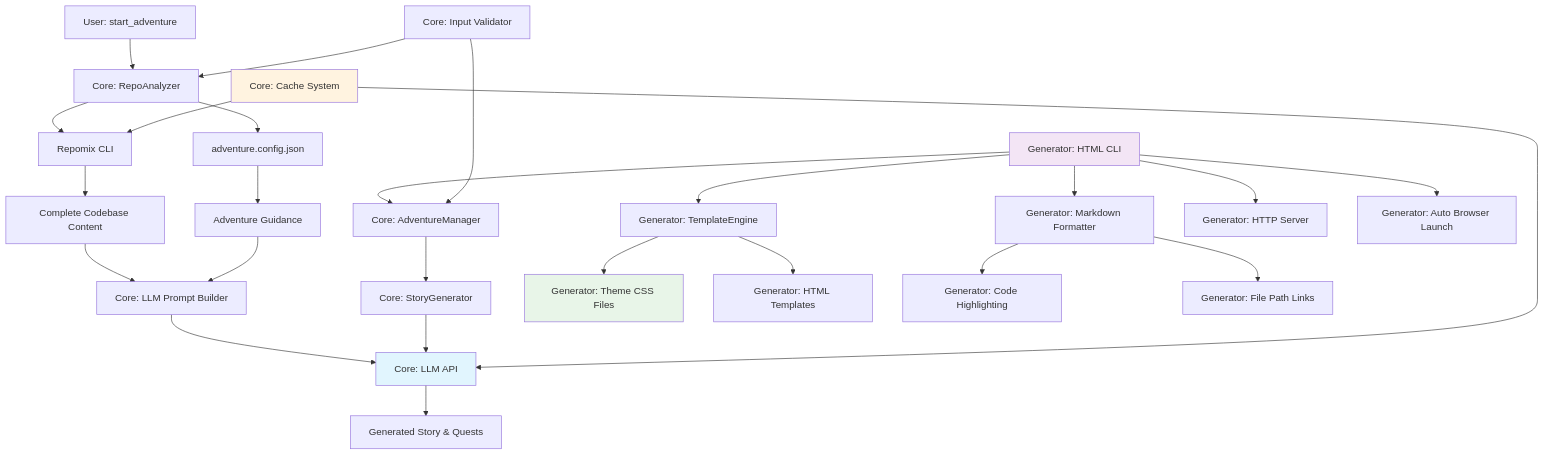
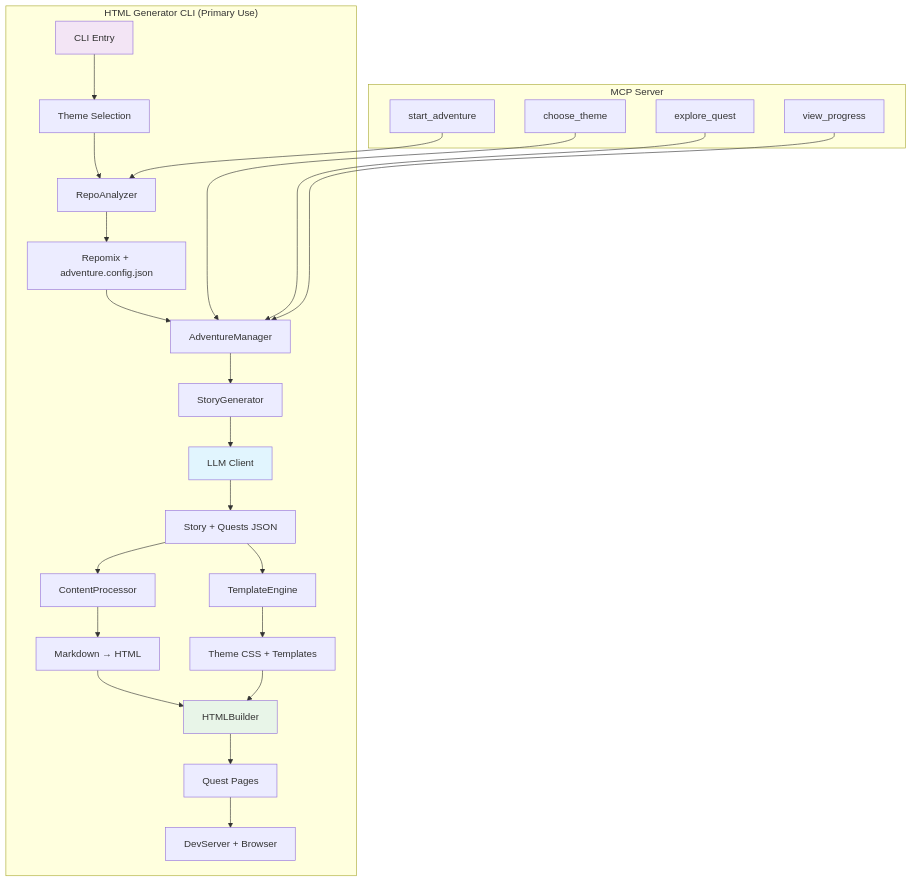
One commit to DanWahlin/ai-repo-adventures changed the diagram in README.md. Above: the diagram before and after it, drawn with Mermaid. The commit also changed other lines of this file and 32 other files, not shown here.

````diff
--- a/README.md
+++ b/README.md
@@ -71,37 +22,36 @@
 ```mermaid
 graph TD
-    A[User: start_adventure] --> B[Core: RepoAnalyzer]
-    B --> C[Repomix CLI]
-    C --> D[Complete Codebase Content]
-    
-    B --> E[adventure.config.json]
-    E --> F[Adventure Guidance]
-    
-    D --> G[Core: LLM Prompt Builder]
-    F --> G
-    
-    G --> H[Core: LLM API]
-    H --> I[Generated Story & Quests]
-    
-    J[Generator: HTML CLI] --> K[Core: AdventureManager]
-    K --> L[Core: StoryGenerator] 
-    L --> H
-    J --> M[Generator: TemplateEngine]
-    M --> N[Generator: Theme CSS Files]
-    M --> O[Generator: HTML Templates]
-    J --> P[Generator: Markdown Formatter]
-    P --> Q[Generator: Code Highlighting]
-    P --> R[Generator: File Path Links]
-    J --> S[Generator: HTTP Server]
-    J --> T[Generator: Auto Browser Launch]
-    
-    U[Core: Input Validator] --> B
-    U --> K
-    V[Core: Cache System] --> C
-    V --> H
-    
-    style H fill:#e1f5fe
-    style J fill:#f3e5f5
-    style N fill:#e8f5e8
-    style V fill:#fff3e0
+    subgraph "HTML Generator CLI (Primary Use)"
+        A[CLI Entry] --> B[Theme Selection]
+        B --> C[RepoAnalyzer]
+        C --> D[Repomix + adventure.config.json]
+
+        D --> E[AdventureManager]
+        E --> F[StoryGenerator]
+        F --> G[LLM Client]
+        G --> H[Story + Quests JSON]
+
+        H --> I[ContentProcessor]
+        I --> J[Markdown → HTML]
+
+        H --> K[TemplateEngine]
+        K --> L[Theme CSS + Templates]
+
+        J --> M[HTMLBuilder]
+        L --> M
+        M --> N[Quest Pages]
+
+        N --> O[DevServer + Browser]
+    end
+
+    subgraph "MCP Server"
+        P[start_adventure] --> C
+        Q[choose_theme] --> E
+        R[explore_quest] --> E
+        S[view_progress] --> E
+    end
+
+    style G fill:#e1f5fe
+    style A fill:#f3e5f5
+    style M fill:#e8f5e8
 ```
````
